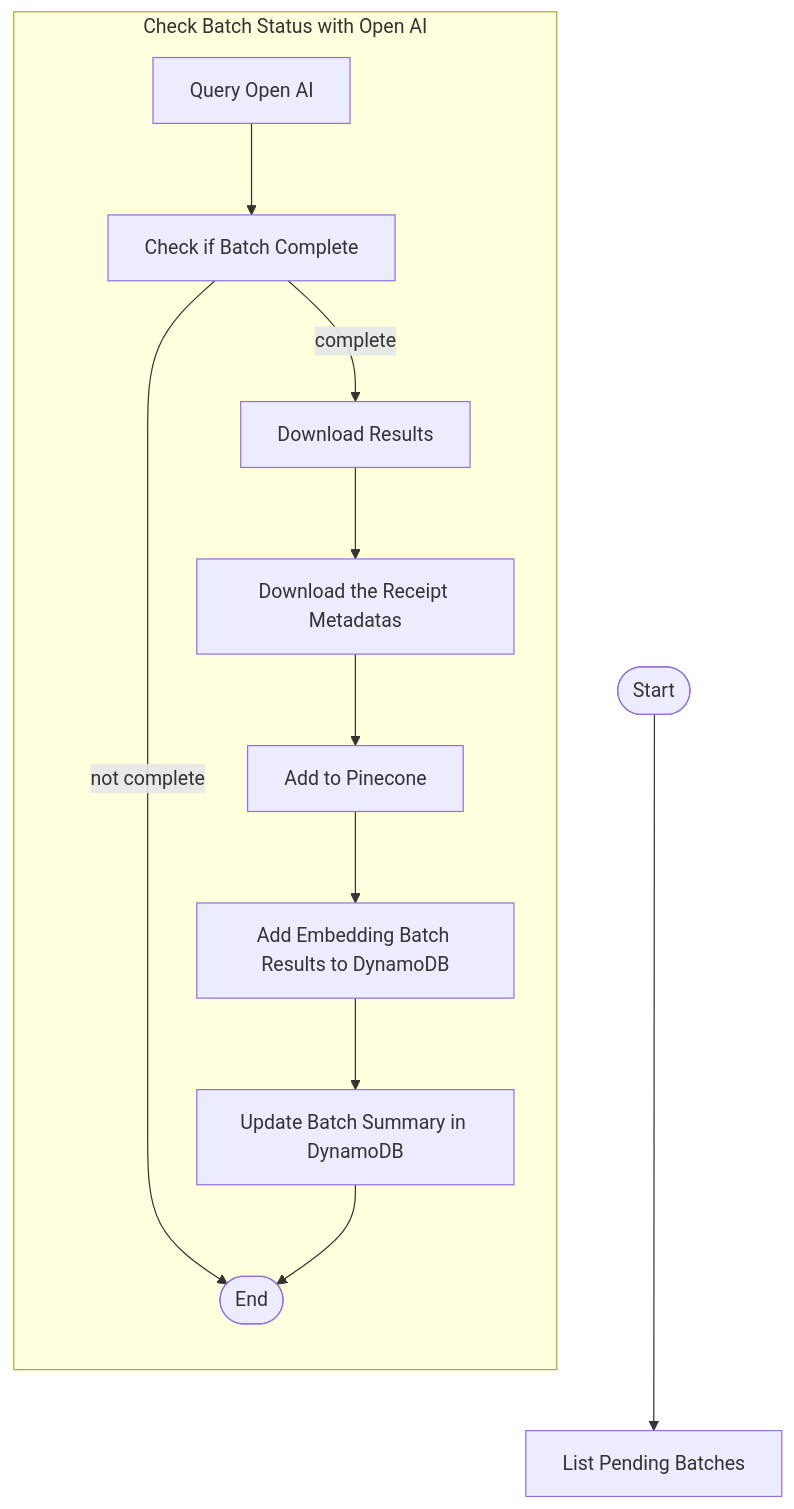
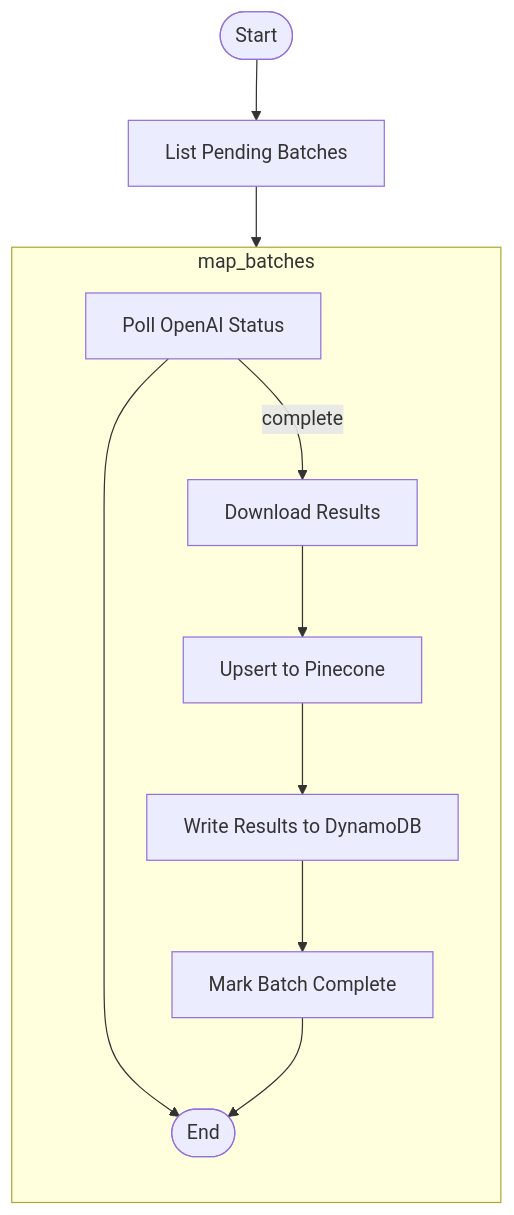
The diagram in receipt_label/receipt_label/poll_embedding_batch/README.md (tnorlund/Portfolio), drawn with Mermaid before and after one commit. The commit also changed other lines of this file, not shown here.

````diff
--- a/receipt_label/receipt_label/poll_embedding_batch/README.md
+++ b/receipt_label/receipt_label/poll_embedding_batch/README.md
@@ -28,18 +59,15 @@
 ```mermaid
 flowchart TD
-    Start([Start]) --> ListPendingEmbeddingBatches["List Pending Batches"]
-
-
-    subgraph "Check Batch Status with Open AI"
+    Start([Start]) --> list_pending_embedding_batches["List Pending Batches"]
+    list_pending_embedding_batches --> map_batches("Map over Pending Batches")
+    subgraph map_batches
         direction TB
-        RetrieveBatchStatus["Query Open AI"] --> IsBatchComplete["Check if Batch Complete"]
-        IsBatchComplete -->|complete| DownloadResults["Download Results"]
-        IsBatchComplete -->|not complete| End([End])
-        DownloadResults --> get_receipt_descriptions["Download the Receipt Metadatas"]
-        get_receipt_descriptions --> UpsertPinecone["Add to Pinecone"]
-        UpsertPinecone --> AddEmbeddingBatchResult["Add Embedding Batch Results to DynamoDB"]
-        AddEmbeddingBatchResult --> UpdateBatchSummary["Update Batch Summary in DynamoDB"]
+        get_openai_batch_status["Poll OpenAI Status"]
+        get_openai_batch_status -->|complete| download_openai_batch_result["Download Results"]
+        get_openai_batch_status --> End
+        download_openai_batch_result --> upsert_embeddings_to_pinecone["Upsert to Pinecone"]
+        upsert_embeddings_to_pinecone --> write_embedding_results_to_dynamo["Write Results to DynamoDB"]
+        write_embedding_results_to_dynamo --> mark_batch_complete["Mark Batch Complete"]
     end
-
-    UpdateBatchSummary --> End([End])
+    mark_batch_complete --> End([End])
 ```
````
